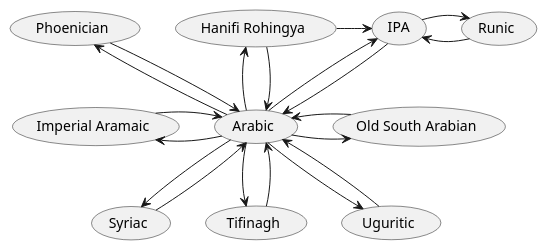
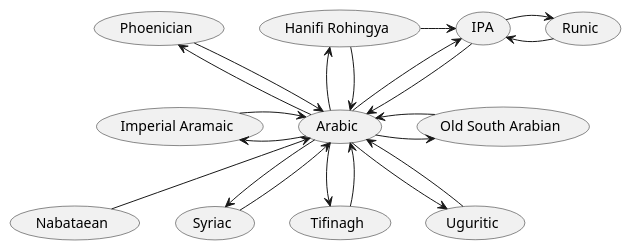
One commit to amerharb/abjad-convert changed the diagram in packages/abjad-convert/doc/converters.puml. Above: the diagram before and after it, drawn with PlantUML.

```diff
--- a/packages/abjad-convert/doc/converters.puml
+++ b/packages/abjad-convert/doc/converters.puml
@@ -1,24 +1,27 @@
 @startuml
 'https://plantuml.com/use-case-diagram
 
 (Arabic) -up-> (Hanifi Rohingya)
 (Arabic) <-up- (Hanifi Rohingya)
 (Arabic) -up-> (IPA)
 (Arabic) <-up- (IPA)
 (Runic) -left-> (IPA)
 (Runic) <-left- (IPA)
 (IPA) <-left- (Hanifi Rohingya)
 (Arabic) -up-> (Phoenician)
 (Arabic) <-up- (Phoenician)
+'(Arabic) --> (Nabataean)
+(Arabic) <-- (Nabataean)
+'(IPA) <-- (Nabataean)
 (Arabic) -> (Old South Arabian)
 (Arabic) <- (Old South Arabian)
 (Arabic) -left-> (Imperial Aramaic)
 (Arabic) <-left- (Imperial Aramaic)
 (Arabic) --> (Syriac)
 (Arabic) <-- (Syriac)
 (Arabic) --> (Tifinagh)
 (Arabic) <-- (Tifinagh)
 (Arabic) --> (Uguritic)
 (Arabic) <-- (Uguritic)
 
 @enduml
```
